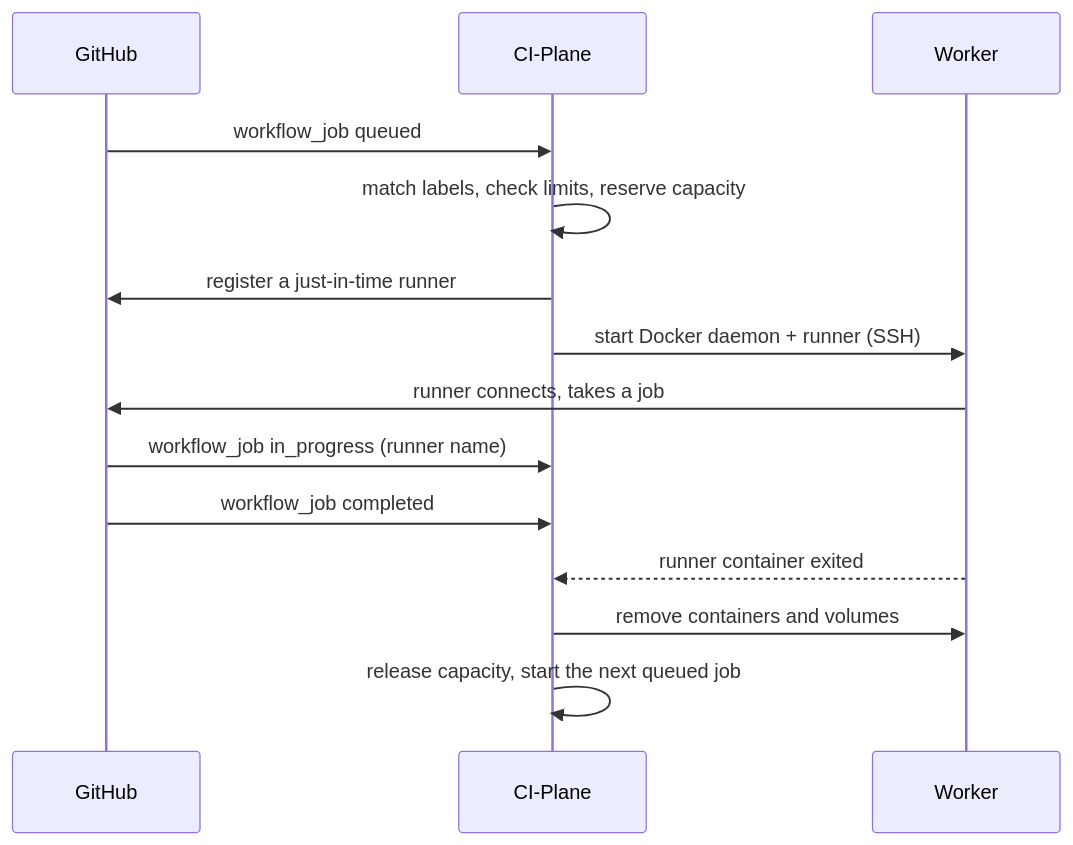
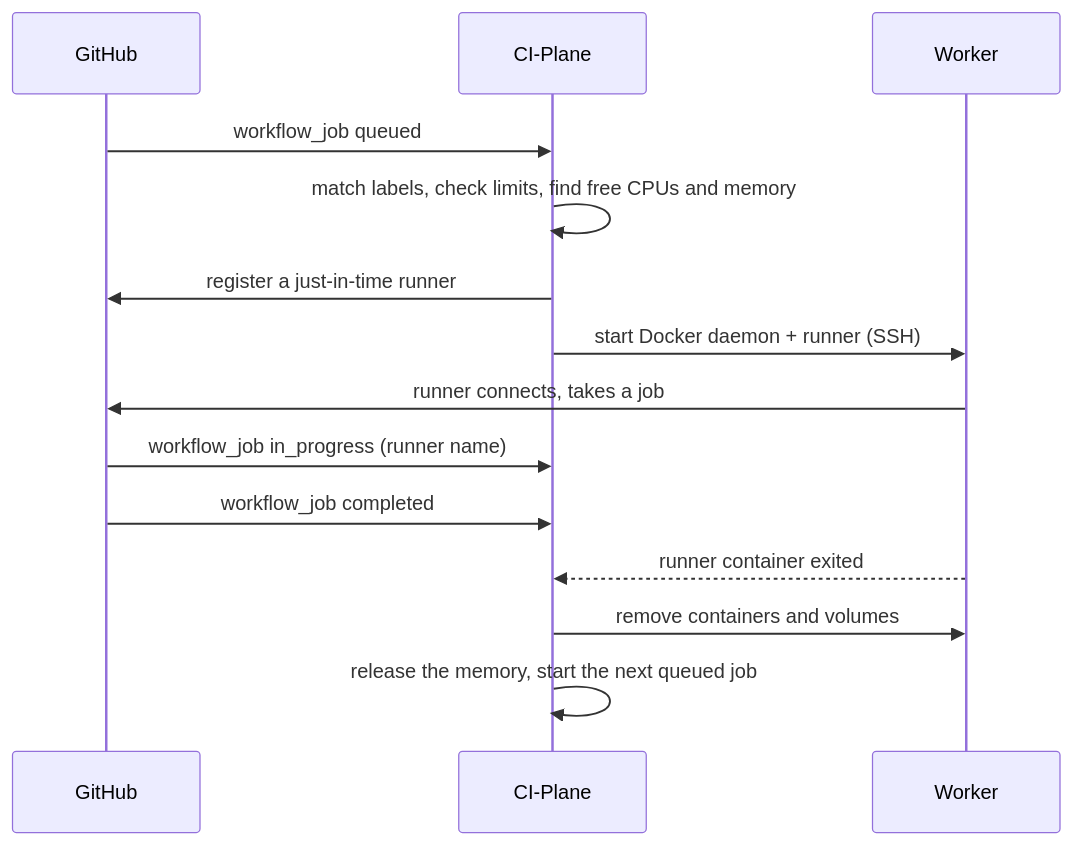
The second of 2 diagrams in docs/how-it-works.md (saschazesiger/CI-Plane), drawn with Mermaid before and after one commit. The commit also changed other lines of this file and 46 other files, not shown here.

````diff
--- a/docs/how-it-works.md
+++ b/docs/how-it-works.md
@@ -41,16 +41,16 @@
 ```mermaid
 sequenceDiagram
   participant G as GitHub
   participant M as CI-Plane
   participant W as Worker
   G->>M: workflow_job queued
-  M->>M: match labels, check limits, reserve capacity
+  M->>M: match labels, check limits, find free CPUs and memory
   M->>G: register a just-in-time runner
   M->>W: start Docker daemon + runner (SSH)
   W->>G: runner connects, takes a job
   G->>M: workflow_job in_progress (runner name)
   G->>M: workflow_job completed
   W-->>M: runner container exited
   M->>W: remove containers and volumes
-  M->>M: release capacity, start the next queued job
+  M->>M: release the memory, start the next queued job
 ```
````
